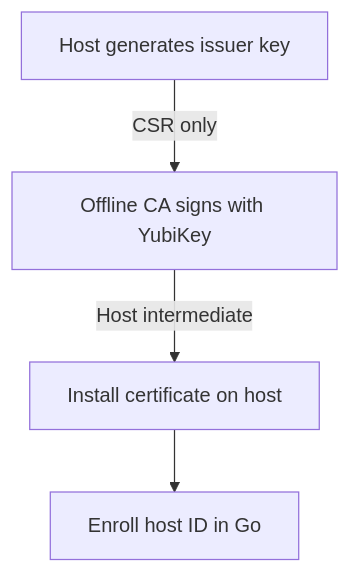
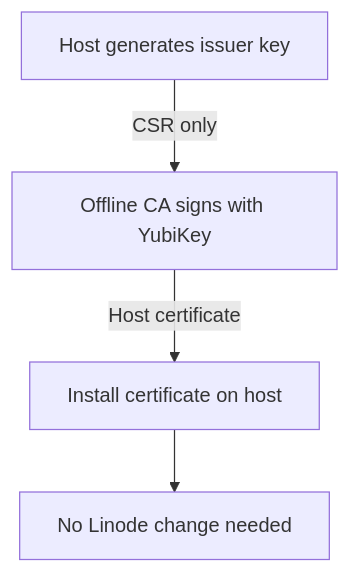
The first of 4 diagrams in docs/agent-mtls-plan.md (pineapplehunter/pi-remote-server), drawn with Mermaid before and after one commit. The commit also changed other lines of this file and 17 other files, not shown here.

````diff
--- a/docs/agent-mtls-plan.md
+++ b/docs/agent-mtls-plan.md
@@ -49,6 +30,6 @@
 ```mermaid
 flowchart TD
     H[Host generates issuer key] -->|CSR only| Y[Offline CA signs with YubiKey]
-    Y -->|Host intermediate| I[Install certificate on host]
-    I --> E[Enroll host ID in Go]
+    Y -->|Host certificate| I[Install certificate on host]
+    I --> R[No Linode change needed]
 ```
````
